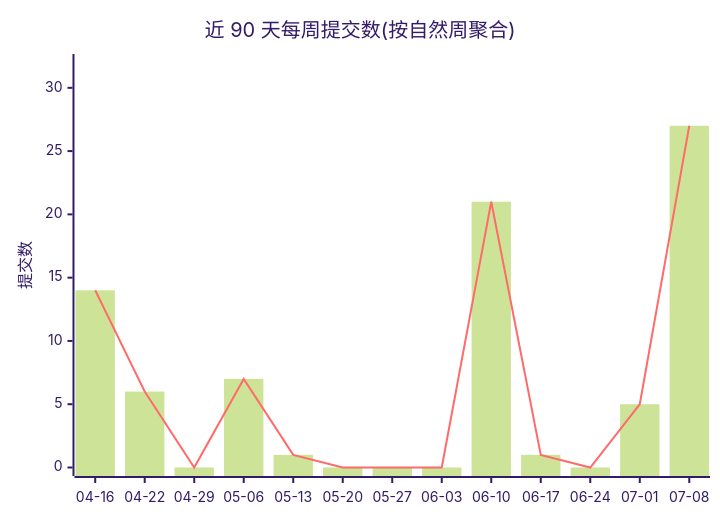
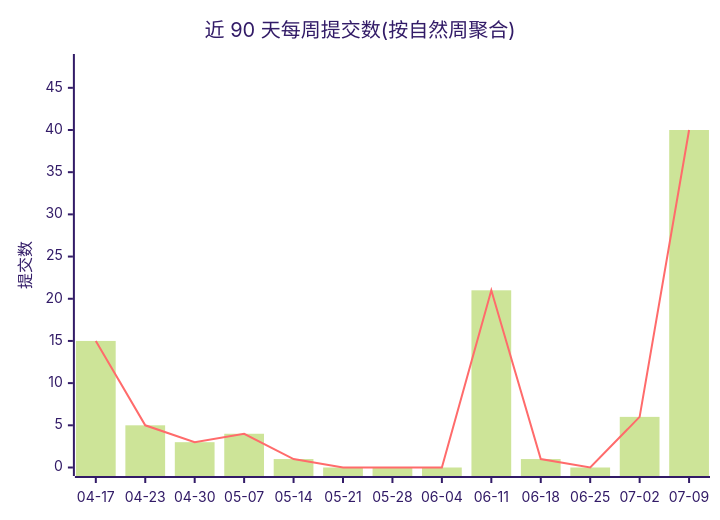
The first of 2 diagrams in profile/README.md (Conflux-Union/.github), drawn with Mermaid (forest theme) before and after one commit. The commit also changed other lines of this file and 1 other file, not shown here.

````diff
--- a/profile/README.md
+++ b/profile/README.md
@@ -44,8 +44,8 @@
 ```mermaid
 xychart-beta
     title "近 90 天每周提交数(按自然周聚合)"
-    x-axis ["04-16", "04-22", "04-29", "05-06", "05-13", "05-20", "05-27", "06-03", "06-10", "06-17", "06-24", "07-01", "07-08"]
-    y-axis "提交数" 0 --> 32
-    bar [14, 6, 0, 7, 1, 0, 0, 0, 21, 1, 0, 5, 27]
-    line [14, 6, 0, 7, 1, 0, 0, 0, 21, 1, 0, 5, 27]
+    x-axis ["04-17", "04-23", "04-30", "05-07", "05-14", "05-21", "05-28", "06-04", "06-11", "06-18", "06-25", "07-02", "07-09"]
+    y-axis "提交数" 0 --> 48
+    bar [15, 5, 3, 4, 1, 0, 0, 0, 21, 1, 0, 6, 40]
+    line [15, 5, 3, 4, 1, 0, 0, 0, 21, 1, 0, 6, 40]
 ```
````
